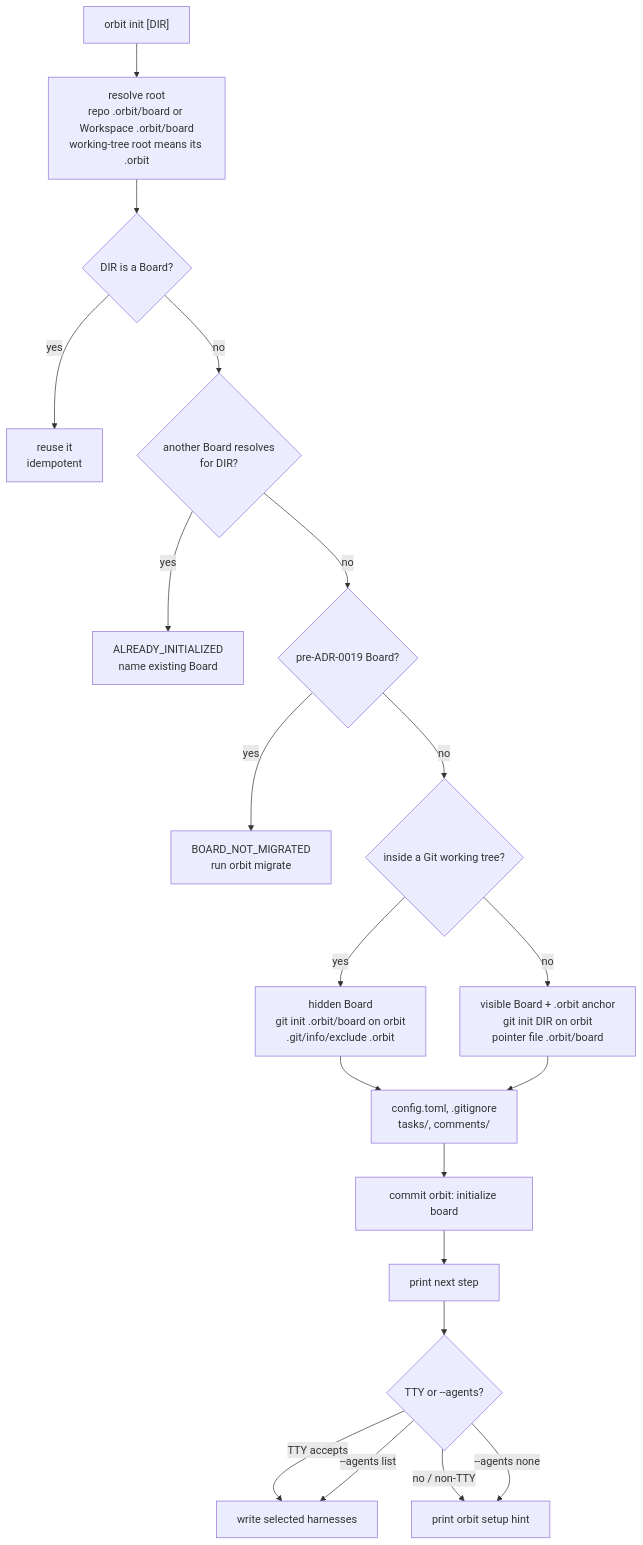
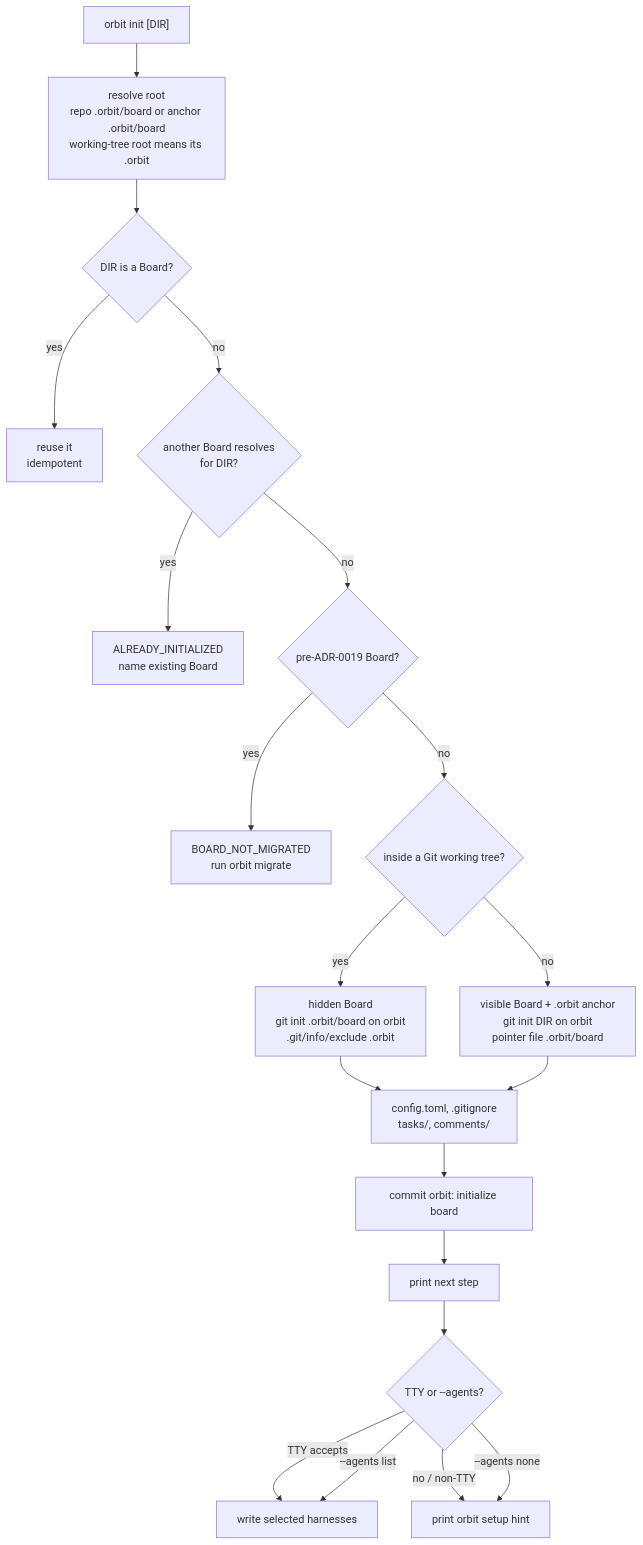
The ninth of 14 diagrams in docs/ARCHITECTURE.md (rcmendes/orbit), drawn with Mermaid before and after one commit. The commit also changed other lines of this file, not shown here.

First line of the commit message:
docs(architecture): describe member Repositories, Board host, and the remote port

````diff
--- a/docs/ARCHITECTURE.md
+++ b/docs/ARCHITECTURE.md
@@ -626,22 +592,22 @@
 ```mermaid
 flowchart TD
-    I["orbit init [DIR]"] --> R["resolve root<br/>repo .orbit/board or Workspace .orbit/board<br/>working-tree root means its .orbit"]
+    I["orbit init [DIR]"] --> R["resolve root<br/>repo .orbit/board or anchor .orbit/board<br/>working-tree root means its .orbit"]
     R --> EXISTS{"DIR is a Board?"}
     EXISTS -->|yes| REUSE["reuse it<br/>idempotent"]
     EXISTS -->|no| SECOND{"another Board resolves<br/>for DIR?"}
     SECOND -->|yes| ERR["ALREADY_INITIALIZED<br/>name existing Board"]
     SECOND -->|no| LEGACY{"pre-ADR-0019 Board?"}
     LEGACY -->|yes| MIGRATE["BOARD_NOT_MIGRATED<br/>run orbit migrate"]
     LEGACY -->|no| INSIDE{"inside a Git working tree?"}
     INSIDE -->|yes| HIDDEN["hidden Board<br/>git init .orbit/board on orbit<br/>.git/info/exclude .orbit"]
     INSIDE -->|no| VISIBLE["visible Board + .orbit anchor<br/>git init DIR on orbit<br/>pointer file .orbit/board"]
     HIDDEN --> FILES["config.toml, .gitignore<br/>tasks/, comments/"]
     VISIBLE --> FILES
     FILES --> COMMIT["commit orbit: initialize board"]
     COMMIT --> NEXT["print next step"]
     NEXT --> PROMPT{"TTY or --agents?"}
     PROMPT -->|TTY accepts| SETUP["write selected harnesses"]
     PROMPT -->|no / non-TTY| HINT["print orbit setup hint"]
     PROMPT -->|--agents list| SETUP
     PROMPT -->|--agents none| HINT
 ```
````
